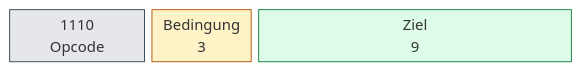
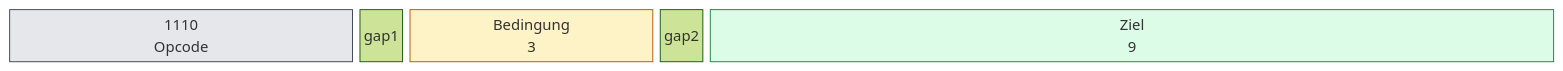
One commit to olfp/Deep16 changed the first of 4 diagrams in book/kap04.md. Above: the diagram before and after it, drawn with Mermaid (forest theme). The commit also changed other lines of this file and 1 other file, not shown here.

Commit message:
book: Befehlsdiagramme in Kap. 4 mit Lückenspalten (31 Spalten) für einheitliche Breite überarbeitet

````diff
--- a/book/kap04.md
+++ b/book/kap04.md
@@ -44,13 +44,15 @@
 ```mermaid
 block-beta
-  columns 16
+  columns 31
   classDef op fill:#e5e7eb,stroke:#374151
   classDef imm fill:#fef3c7,stroke:#b45309
   classDef off fill:#dcfce7,stroke:#15803d
-  b0["1110<br/>Opcode"]:4
-  b1["Bedingung<br/>3"]:3
-  b2["Ziel<br/>9"]:9
+  b0["1110<br/>Opcode"]:7
+  gap1:1
+  b1["Bedingung<br/>3"]:5
+  gap2:1
+  b2["Ziel<br/>9"]:17
   class b0 op
   class b1 imm
   class b2 off
 ```
````
